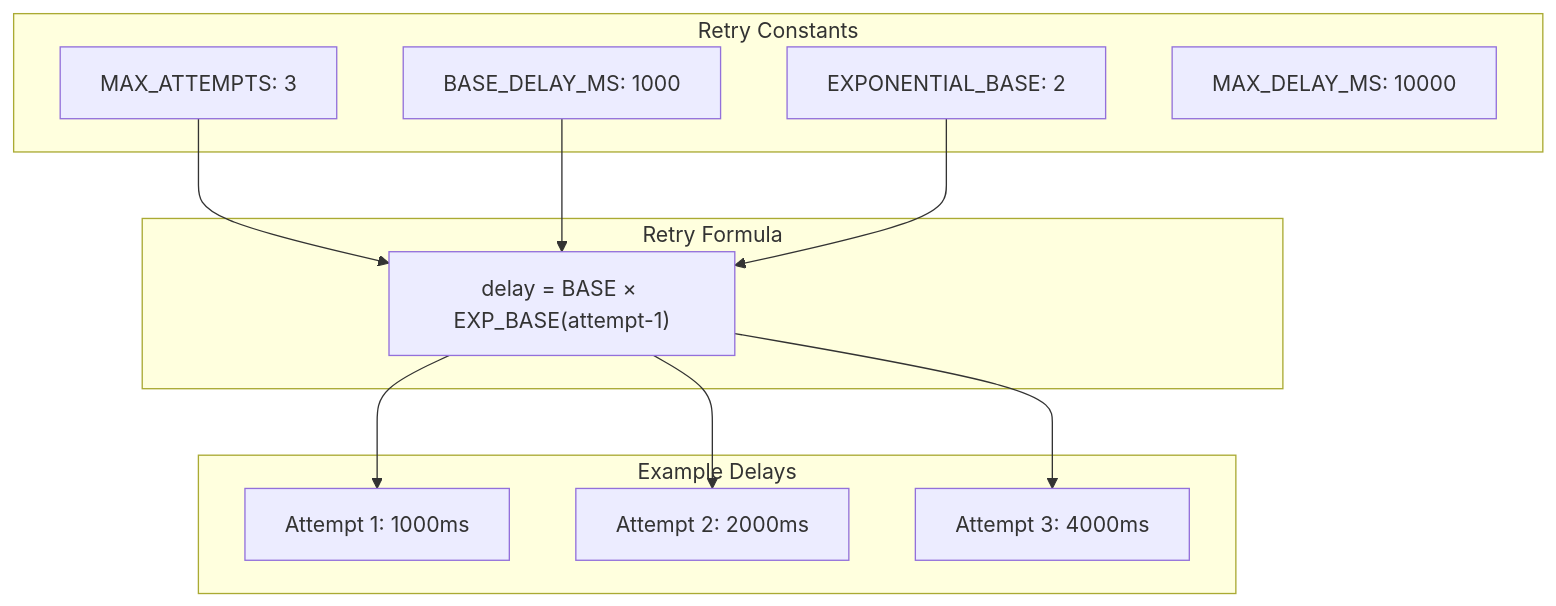
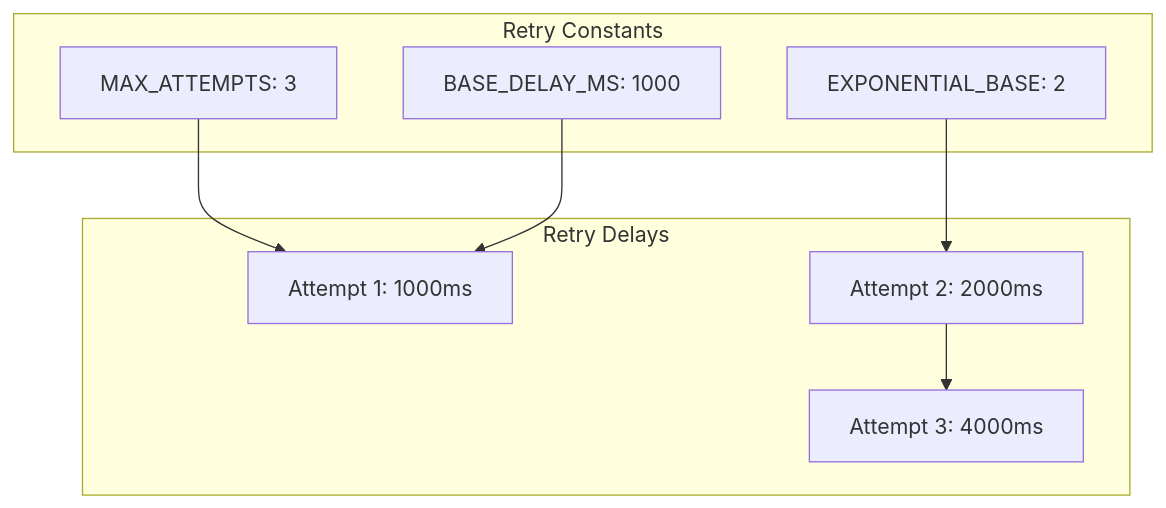
Before and after one commit to DaxServer/geocode-commons-categories: the first of 5 diagrams in docs/import/error-handling.md, drawn with Mermaid. The commit also changed other lines of this file and 11 other files, not shown here.

````diff
--- a/docs/import/error-handling.md
+++ b/docs/import/error-handling.md
@@ -158,28 +7,19 @@
 ```mermaid
 graph TB
     subgraph "Retry Constants"
         MAX[MAX_ATTEMPTS: 3]
         BASE[BASE_DELAY_MS: 1000]
         EXP[EXPONENTIAL_BASE: 2]
-        MAX_D[MAX_DELAY_MS: 10000]
     end
 
-    subgraph "Retry Formula"
-        FORMULA["delay = BASE × EXP_BASE(attempt-1)"]
-    end
-
-    subgraph "Example Delays"
+    subgraph "Retry Delays"
         D1[Attempt 1: 1000ms]
         D2[Attempt 2: 2000ms]
         D3[Attempt 3: 4000ms]
     end
 
-    MAX --> FORMULA
-    BASE --> FORMULA
-    EXP --> FORMULA
-
-    FORMULA --> D1
-    FORMULA --> D2
-    FORMULA --> D3
-
+    MAX --> D1
+    BASE --> D1
+    EXP --> D2
+    D2 --> D3
 ```
````
